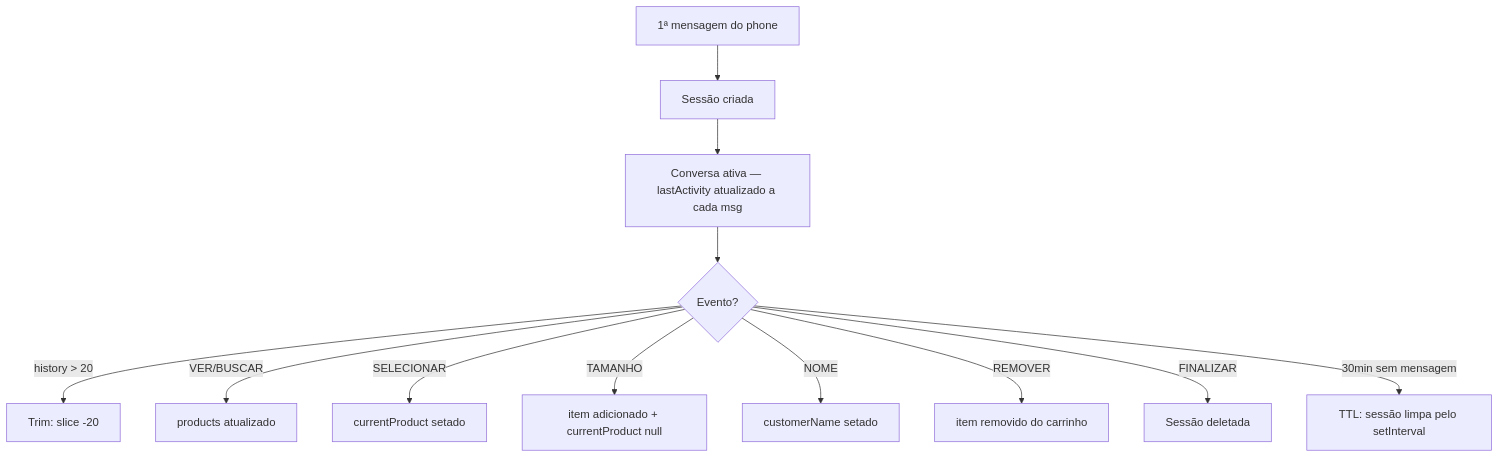
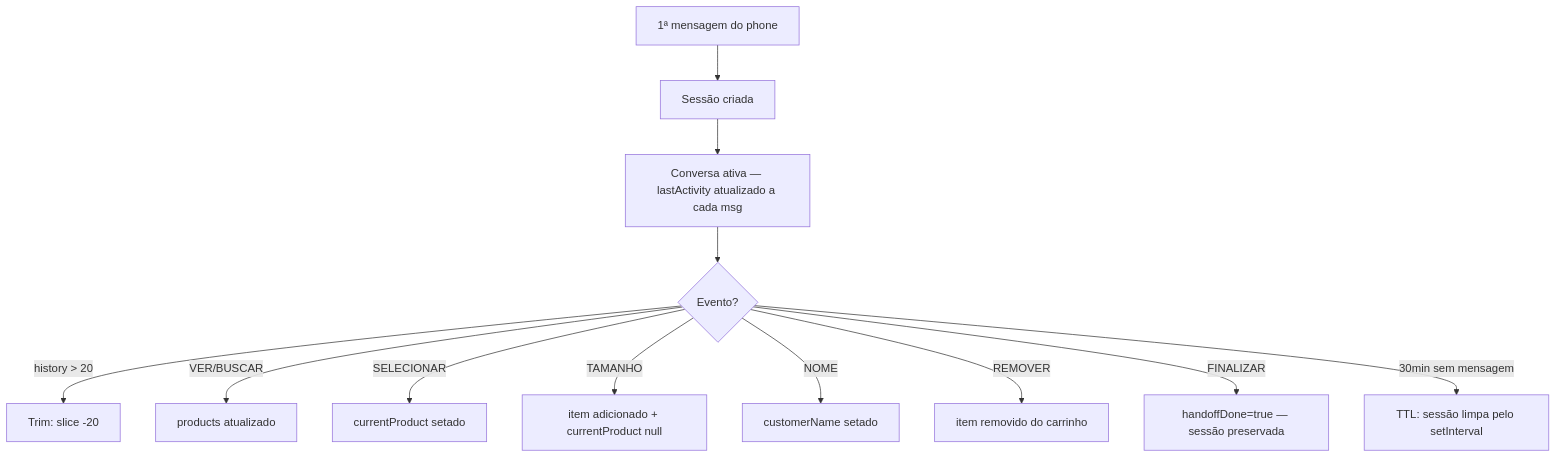
One commit to renanbb0/agentebelux changed the second of 4 diagrams in .claude/skills/agente-belux-skill/.claude/skills/agente-belux/references/arquitetura.md. Above: the diagram before and after it, drawn with Mermaid. The commit also changed other lines of this file and 56 other files, not shown here.

````diff
--- a/.claude/skills/agente-belux-skill/.claude/skills/agente-belux/references/arquitetura.md
+++ b/.claude/skills/agente-belux-skill/.claude/skills/agente-belux/references/arquitetura.md
@@ -111,14 +111,14 @@
 ```mermaid
 graph TD;
   A[1ª mensagem do phone] --> B[Sessão criada];
   B --> C[Conversa ativa — lastActivity atualizado a cada msg];
   C --> D{Evento?};
   D -->|history > 20| E[Trim: slice -20];
   D -->|VER/BUSCAR| F[products atualizado];
   D -->|SELECIONAR| G[currentProduct setado];
   D -->|TAMANHO| H[item adicionado + currentProduct null];
   D -->|NOME| I[customerName setado];
   D -->|REMOVER| J[item removido do carrinho];
-  D -->|FINALIZAR| K[Sessão deletada];
+  D -->|FINALIZAR| K[handoffDone=true — sessão preservada];
   D -->|30min sem mensagem| L[TTL: sessão limpa pelo setInterval];
 ```
````
